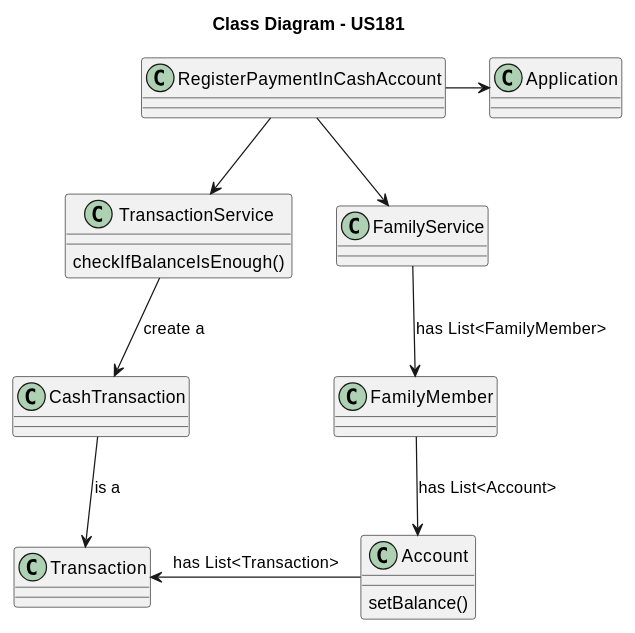
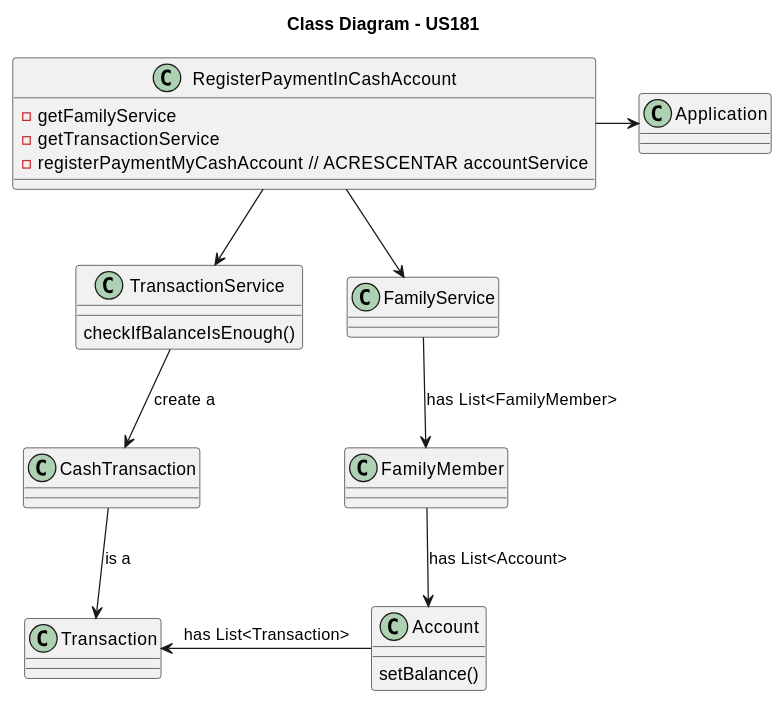
Before and after one commit to tomas-osswald/switch_2020_g3: the fourth of 4 diagrams in docs/sprint2/user_stories/US181_RegisterPaymentMyCashAccount.md, drawn with PlantUML. The commit also changed other lines of this file and 4 other files, not shown here.

````diff
--- a/docs/sprint2/user_stories/US181_RegisterPaymentMyCashAccount.md
+++ b/docs/sprint2/user_stories/US181_RegisterPaymentMyCashAccount.md
@@ -183,39 +196,42 @@
 ```puml
 
 title Class Diagram - US181
 
 class RegisterPaymentInCashAccount {
+- getFamilyService
+- getTransactionService
+- registerPaymentMyCashAccount    // ACRESCENTAR accountService
 }
 
 class Application {
 }
 
 class TransactionService {
 checkIfBalanceIsEnough()
 }
 
 class FamilyService {
 }
    
 class FamilyMember {
 }
 
 class Account{
 setBalance()
 }
 
 class Transaction {
 }
 
 class CashTransaction {
 }
 
 RegisterPaymentInCashAccount  -> Application
 RegisterPaymentInCashAccount  -down-> FamilyService
 RegisterPaymentInCashAccount  -down-> TransactionService
 TransactionService -down-> CashTransaction : create a
 FamilyService --> FamilyMember : has List<FamilyMember>
 FamilyMember --> Account : has List<Account>
 Account -left-> Transaction : has List<Transaction>
 CashTransaction -down-> Transaction : is a
 ```
````
